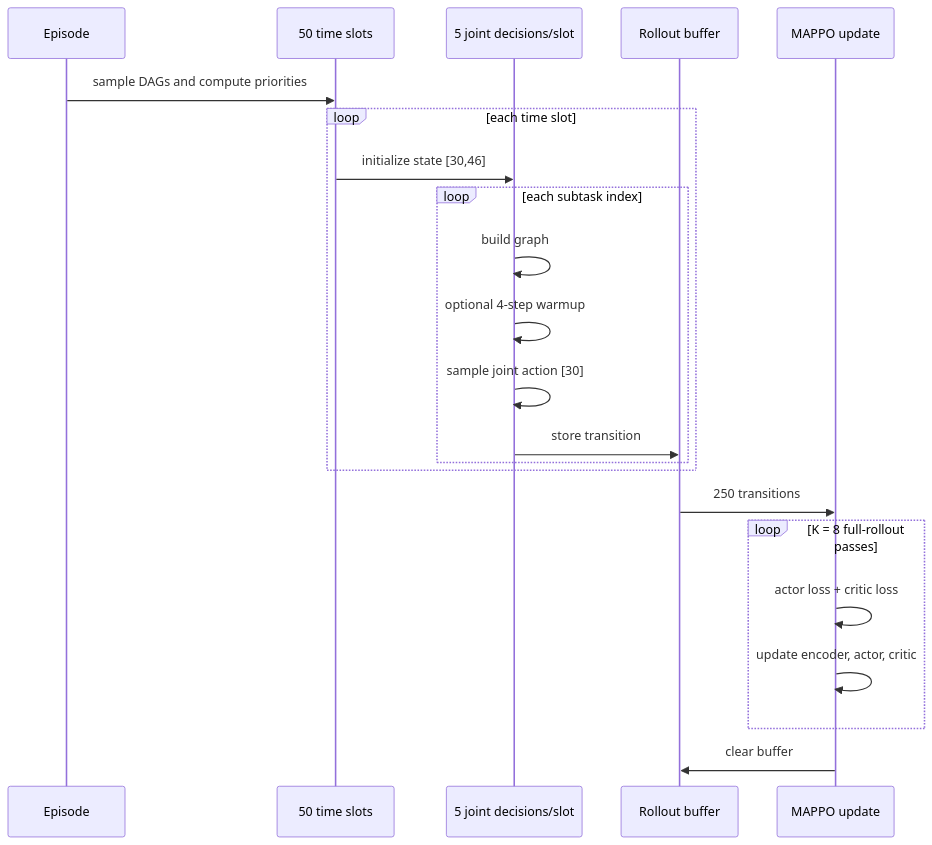
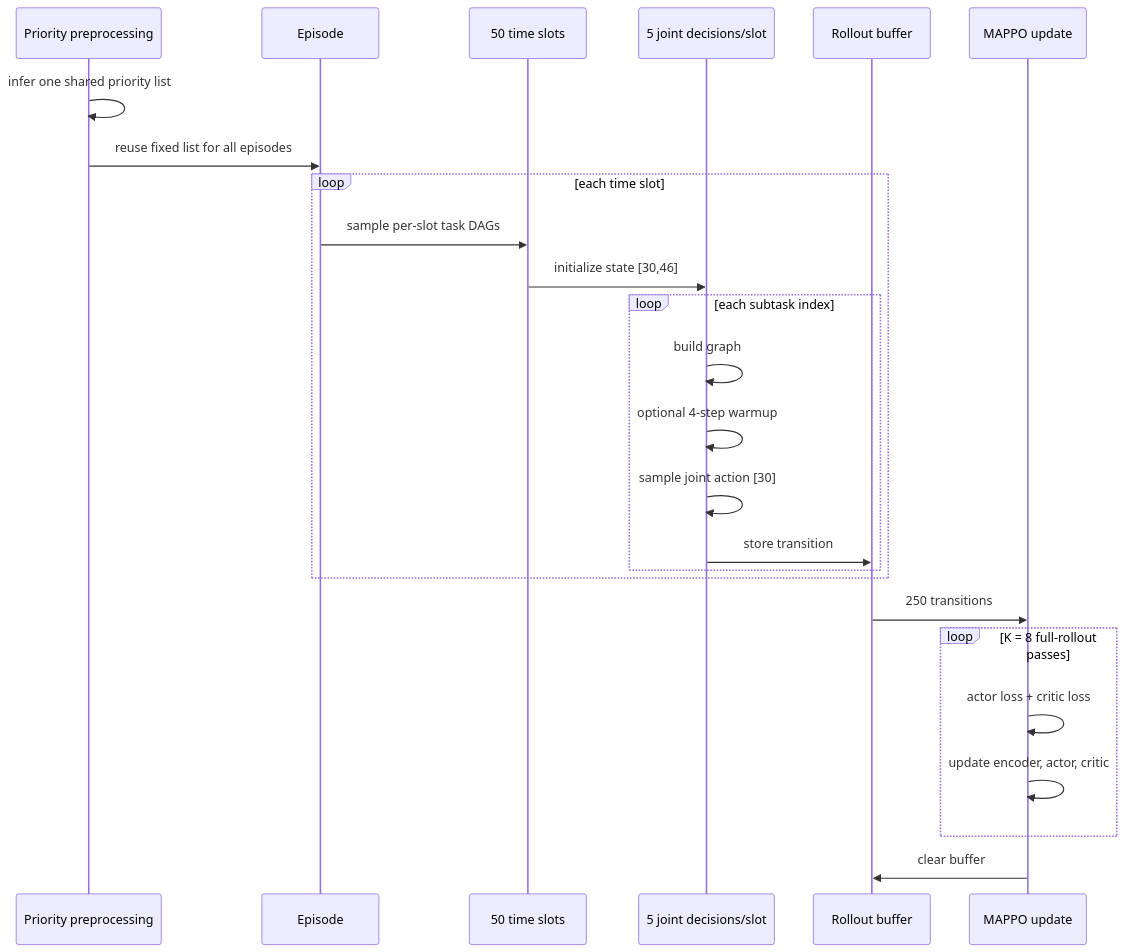
The fourth of 4 diagrams in Industrial_task_offloading/docs/dual_gat_mappo_architecture.md (ngocdung211/Dual-Graph-MAPPO-Industrial-Task-offloading), drawn with Mermaid before and after one commit. The commit also changed other lines of this file and 32 other files, not shown here.

````diff
--- a/Industrial_task_offloading/docs/dual_gat_mappo_architecture.md
+++ b/Industrial_task_offloading/docs/dual_gat_mappo_architecture.md
@@ -208,25 +256,28 @@
 ```mermaid
 sequenceDiagram
+    participant Q as Priority preprocessing
     participant E as Episode
     participant T as 50 time slots
     participant M as 5 joint decisions/slot
     participant B as Rollout buffer
     participant P as MAPPO update
 
-    E->>T: sample DAGs and compute priorities
+    Q->>Q: infer one shared priority list
+    Q->>E: reuse fixed list for all episodes
     loop each time slot
+        E->>T: sample per-slot task DAGs
         T->>M: initialize state [30,46]
         loop each subtask index
             M->>M: build graph
             M->>M: optional 4-step warmup
             M->>M: sample joint action [30]
             M->>B: store transition
         end
     end
     B->>P: 250 transitions
     loop K = 8 full-rollout passes
         P->>P: actor loss + critic loss
         P->>P: update encoder, actor, critic
     end
     P->>B: clear buffer
 ```
````
